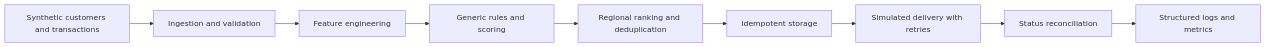
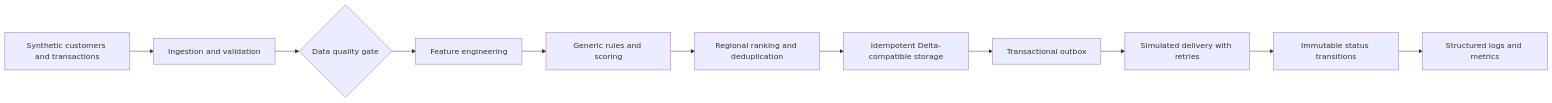
Before and after one commit to gabrafur/customer-engagement-data-platform: the diagram in README.md, drawn with Mermaid. The commit also changed other lines of this file and 28 other files, not shown here.

Commit message:
Expand reliability and replay architecture

````diff
--- a/README.md
+++ b/README.md
@@ -11,11 +11,13 @@
 ```mermaid
 flowchart LR
     A[Synthetic customers and transactions] --> B[Ingestion and validation]
-    B --> C[Feature engineering]
+    B --> Q{Data quality gate}
+    Q --> C[Feature engineering]
     C --> D[Generic rules and scoring]
     D --> E[Regional ranking and deduplication]
-    E --> F[Idempotent storage]
-    F --> G[Simulated delivery with retries]
-    G --> H[Status reconciliation]
+    E --> F[Idempotent Delta-compatible storage]
+    F --> O[Transactional outbox]
+    O --> G[Simulated delivery with retries]
+    G --> H[Immutable status transitions]
     H --> I[Structured logs and metrics]
 ```
````
